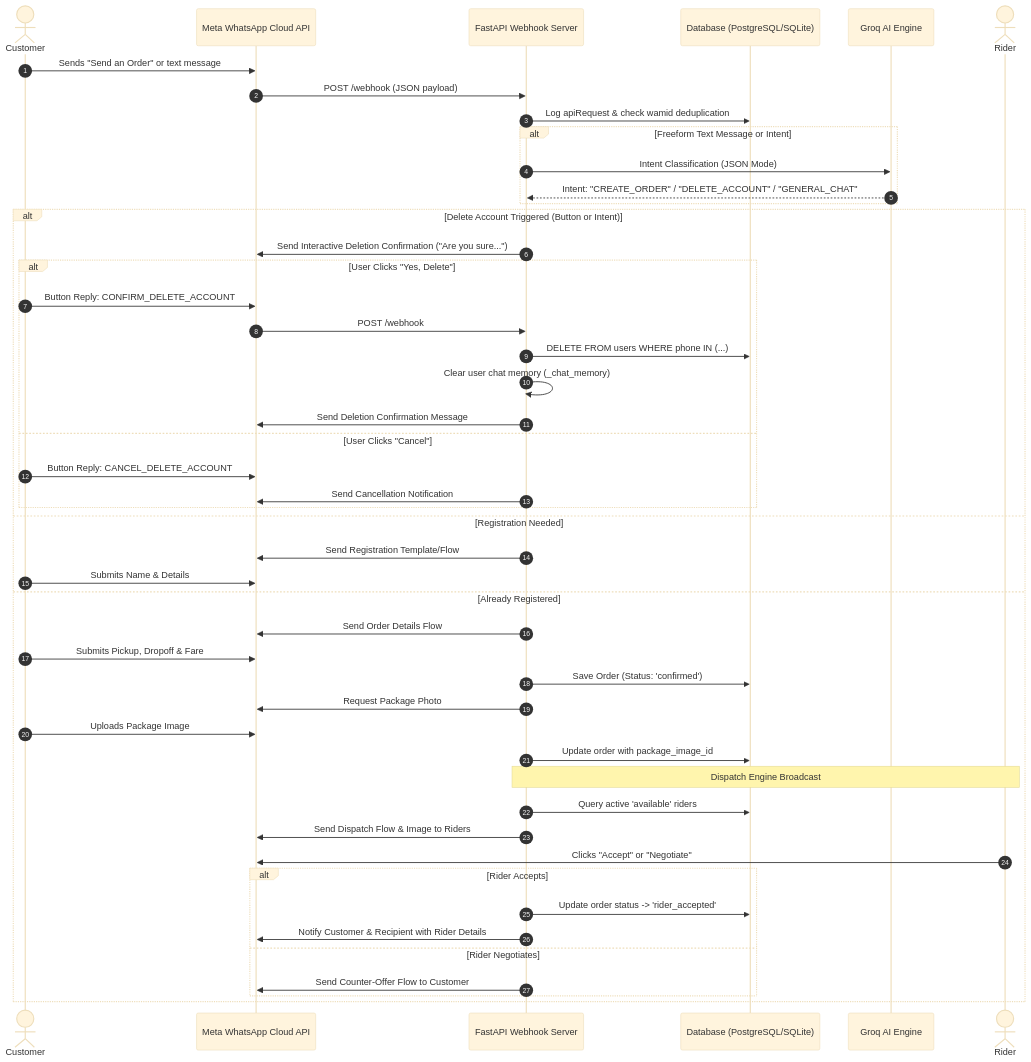
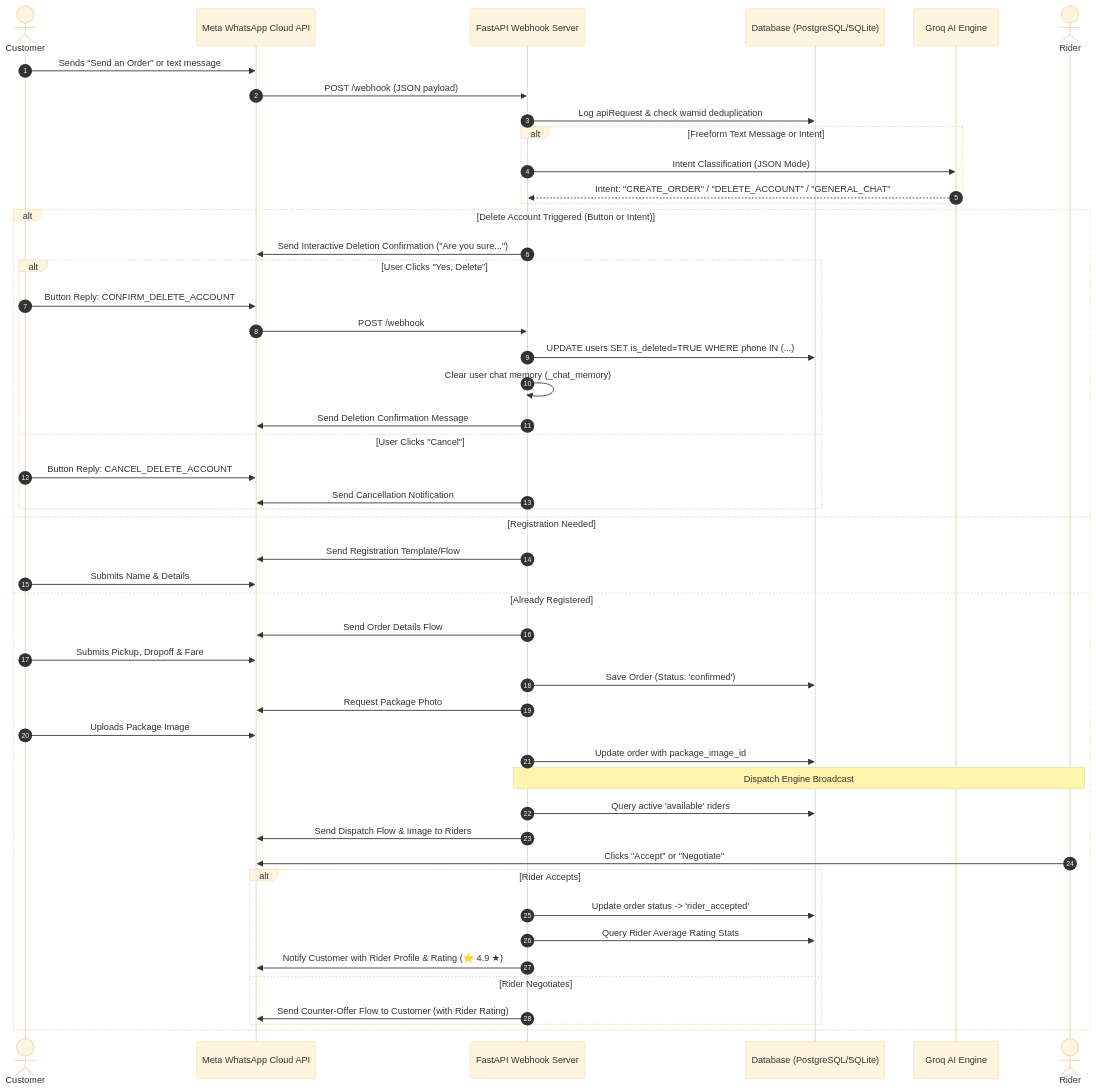
The diagram in README.md (davidosaluka/fastAPIforWhatsappwebhook), drawn with Mermaid (base theme) before and after one commit. The commit also changed other lines of this file and 1 other file, not shown here.

Commit message:
docs: comprehensive update covering rider rating system, mid-transit guard, soft-delete, and verification code formatting

````diff
--- a/README.md
+++ b/README.md
@@ -55,55 +57,56 @@
 ```mermaid
 sequenceDiagram
     autonumber
     actor Customer
     participant WhatsApp as Meta WhatsApp Cloud API
     participant FastAPI as FastAPI Webhook Server
     participant DB as Database (PostgreSQL/SQLite)
     participant Groq as Groq AI Engine
     actor Rider
 
     Customer->>WhatsApp: Sends "Send an Order" or text message
     WhatsApp->>FastAPI: POST /webhook (JSON payload)
     FastAPI->>DB: Log apiRequest & check wamid deduplication
     
     alt Freeform Text Message or Intent
         FastAPI->>Groq: Intent Classification (JSON Mode)
         Groq-->>FastAPI: Intent: "CREATE_ORDER" / "DELETE_ACCOUNT" / "GENERAL_CHAT"
     end
 
     alt Delete Account Triggered (Button or Intent)
         FastAPI->>WhatsApp: Send Interactive Deletion Confirmation ("Are you sure...")
         alt User Clicks "Yes, Delete"
             Customer->>WhatsApp: Button Reply: CONFIRM_DELETE_ACCOUNT
             WhatsApp->>FastAPI: POST /webhook
-            FastAPI->>DB: DELETE FROM users WHERE phone IN (...)
+            FastAPI->>DB: UPDATE users SET is_deleted=TRUE WHERE phone IN (...)
             FastAPI->>FastAPI: Clear user chat memory (_chat_memory)
             FastAPI->>WhatsApp: Send Deletion Confirmation Message
         else User Clicks "Cancel"
             Customer->>WhatsApp: Button Reply: CANCEL_DELETE_ACCOUNT
             FastAPI->>WhatsApp: Send Cancellation Notification
         end
     else Registration Needed
         FastAPI->>WhatsApp: Send Registration Template/Flow
         Customer->>WhatsApp: Submits Name & Details
     else Already Registered
         FastAPI->>WhatsApp: Send Order Details Flow
         Customer->>WhatsApp: Submits Pickup, Dropoff & Fare
         FastAPI->>DB: Save Order (Status: 'confirmed')
         FastAPI->>WhatsApp: Request Package Photo
         Customer->>WhatsApp: Uploads Package Image
         FastAPI->>DB: Update order with package_image_id
         
         Note over FastAPI, Rider: Dispatch Engine Broadcast
         FastAPI->>DB: Query active 'available' riders
         FastAPI->>WhatsApp: Send Dispatch Flow & Image to Riders
         Rider->>WhatsApp: Clicks "Accept" or "Negotiate"
         
         alt Rider Accepts
             FastAPI->>DB: Update order status -> 'rider_accepted'
-            FastAPI->>WhatsApp: Notify Customer & Recipient with Rider Details
+            FastAPI->>DB: Query Rider Average Rating Stats
+            FastAPI->>WhatsApp: Notify Customer with Rider Profile & Rating (⭐ 4.9 ★)
         else Rider Negotiates
-            FastAPI->>WhatsApp: Send Counter-Offer Flow to Customer
+            FastAPI->>WhatsApp: Send Counter-Offer Flow to Customer (with Rider Rating)
         end
     end
 ```
````
